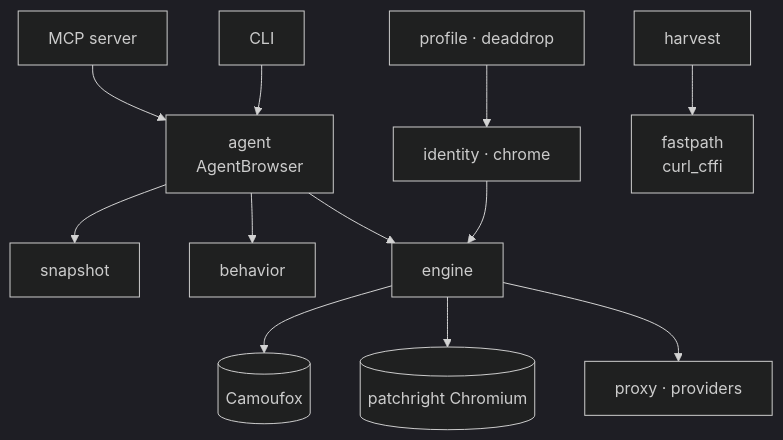
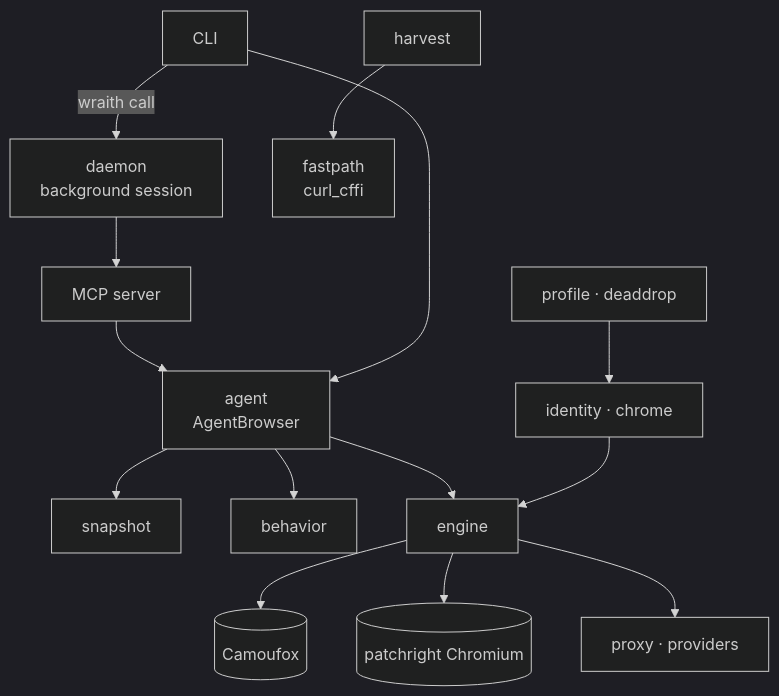
The third of 3 diagrams in README.md (YogevKr/wraith), drawn with Mermaid (dark theme) before and after one commit. The commit also changed other lines of this file and 12 other files, not shown here.

First line of the commit message:
feat(cli): run MCP tools from a shell with one shared browser

````diff
--- a/README.md
+++ b/README.md
@@ -398,14 +424,16 @@
 ```mermaid
 flowchart TB
     mcp["MCP server"] --> agent["agent<br/>AgentBrowser"]
     cli["CLI"] --> agent
+    cli -->|wraith call| daemon["daemon<br/>background session"]
+    daemon --> mcp
     agent --> snapshot["snapshot"]
     agent --> behavior["behavior"]
     agent --> engine["engine"]
     engine --> camoufox[("Camoufox")]
     engine --> chromium[("patchright Chromium")]
     engine --> proxy["proxy · providers"]
     identity["identity · chrome"] --> engine
     profile["profile · deaddrop"] --> identity
     harvest["harvest"] --> fastpath["fastpath<br/>curl_cffi"]
 ```
````
